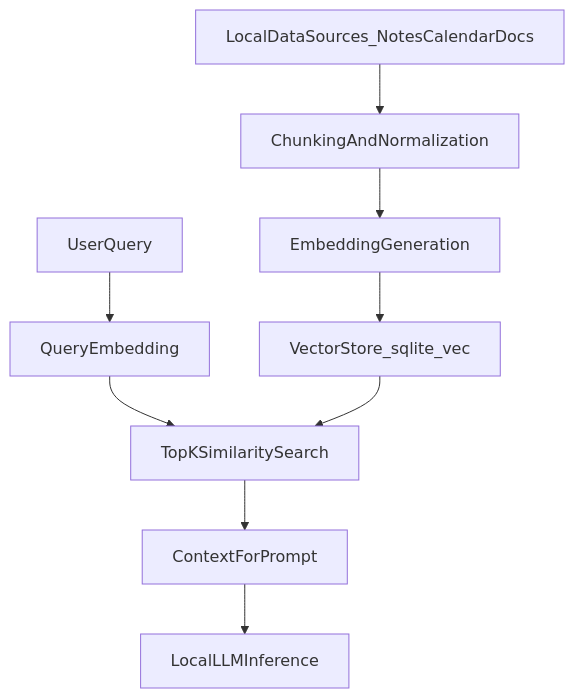
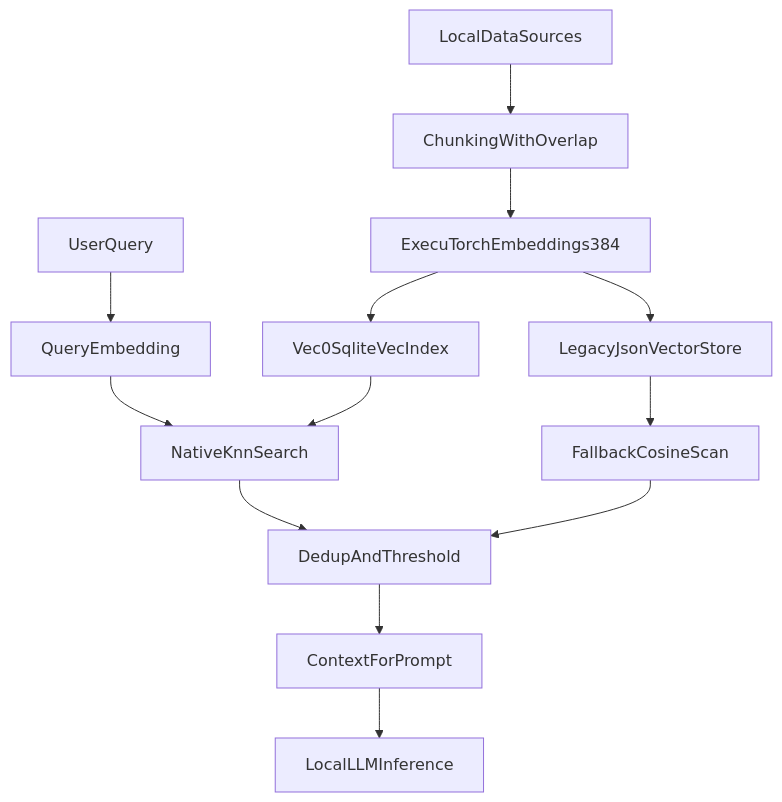
Before and after one commit to KingPegasus/OfflineMate: the diagram in docs/architecture/rag-memory-and-vector-store.md, drawn with Mermaid. The commit also changed other lines of this file and 69 other files, not shown here.

````diff
--- a/docs/architecture/rag-memory-and-vector-store.md
+++ b/docs/architecture/rag-memory-and-vector-store.md
@@ -7,11 +7,15 @@
 ```mermaid
 graph TD
-    dataSources[LocalDataSources_NotesCalendarDocs] --> chunking[ChunkingAndNormalization]
-    chunking --> embeddingIndex[EmbeddingGeneration]
-    embeddingIndex --> vectorStore[VectorStore_sqlite_vec]
+    dataSources[LocalDataSources] --> chunking[ChunkingWithOverlap]
+    chunking --> embedIndex[ExecuTorchEmbeddings384]
+    embedIndex --> vecStore[Vec0SqliteVecIndex]
+    embedIndex --> legacyStore[LegacyJsonVectorStore]
     queryInput[UserQuery] --> queryEmbed[QueryEmbedding]
-    queryEmbed --> similaritySearch[TopKSimilaritySearch]
-    vectorStore --> similaritySearch
-    similaritySearch --> promptContext[ContextForPrompt]
+    queryEmbed --> knnSearch[NativeKnnSearch]
+    vecStore --> knnSearch
+    knnSearch --> dedupe[DedupAndThreshold]
+    legacyStore --> fallbackScan[FallbackCosineScan]
+    fallbackScan --> dedupe
+    dedupe --> promptContext[ContextForPrompt]
     promptContext --> llm[LocalLLMInference]
 ```
````
